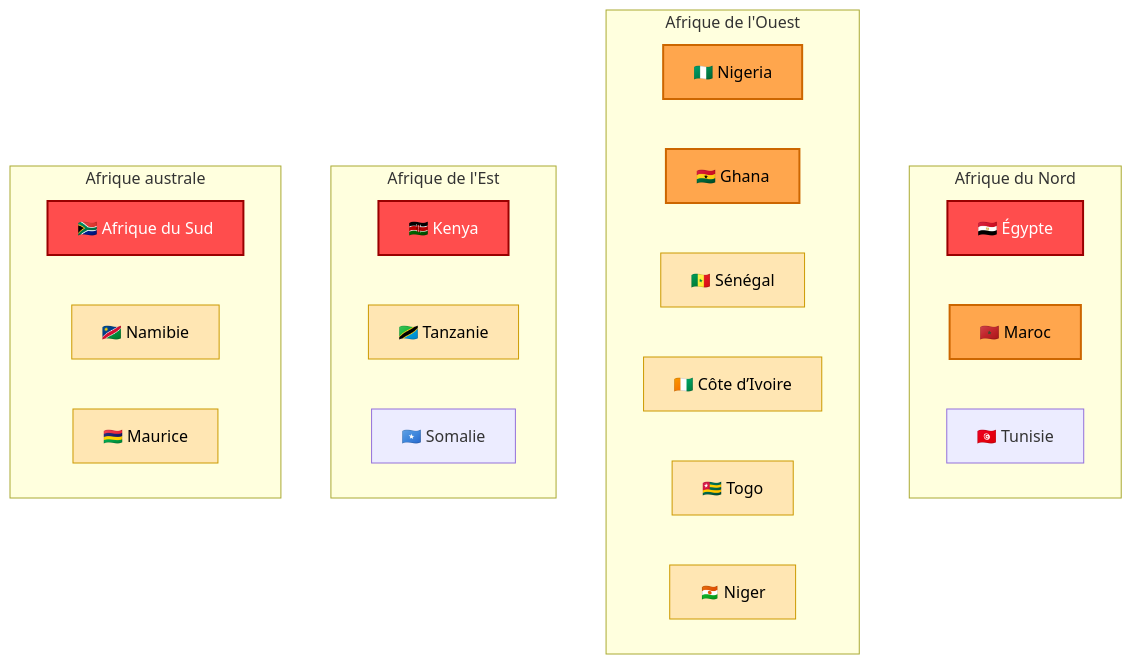
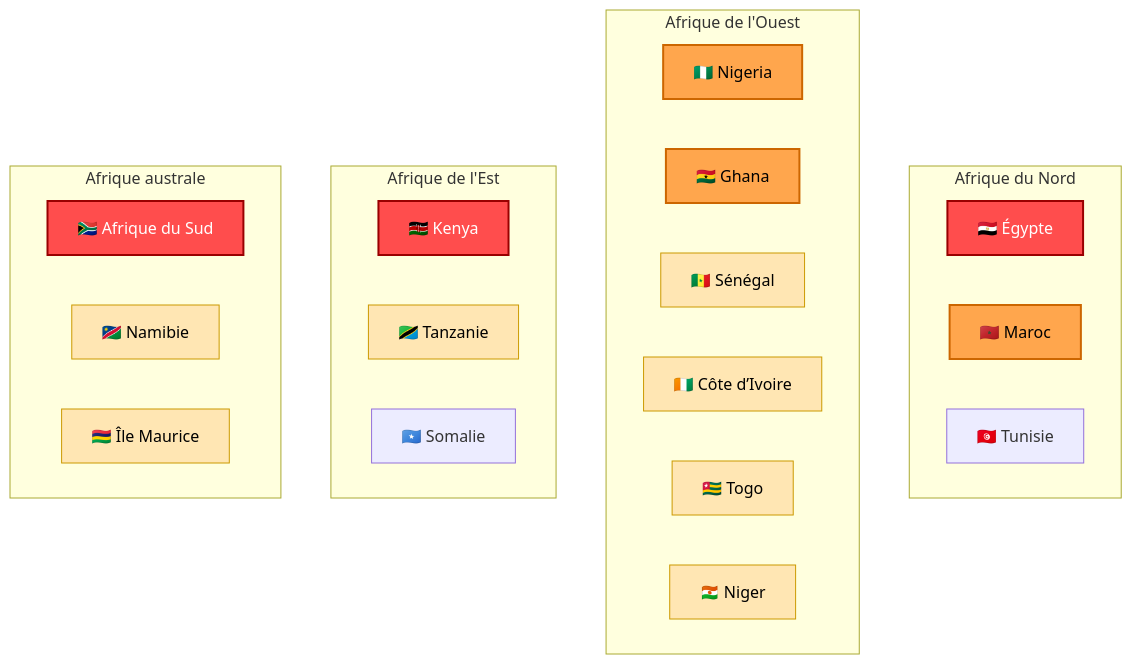
Before and after one commit to Hatchepsoute/AFRINTEL: the second of 2 diagrams in visual-intelligence/README_FR.md, drawn with Mermaid. The commit also changed other lines of this file and 5 other files, not shown here.

````diff
--- a/visual-intelligence/README_FR.md
+++ b/visual-intelligence/README_FR.md
@@ -82,50 +82,50 @@
 ```mermaid
 flowchart TB
 
 classDef high fill:#ff4d4d,color:#ffffff,stroke:#990000,stroke-width:2px;
 classDef medium fill:#ffa64d,color:#000000,stroke:#cc6600,stroke-width:2px;
 classDef low fill:#ffe6b3,color:#000000,stroke:#cc9900,stroke-width:1px;
 
 subgraph Afrique_du_Nord["Afrique du Nord"]
 EG["🇪🇬 Égypte"]
 MA["🇲🇦 Maroc"]
 TN["🇹🇳 Tunisie"]
 end
 
 subgraph Afrique_de_lOuest["Afrique de l'Ouest"]
 NG["🇳🇬 Nigeria"]
 GH["🇬🇭 Ghana"]
 SN["🇸🇳 Sénégal"]
 CI["🇨🇮 Côte d’Ivoire"]
 TG["🇹🇬 Togo"]
 NE["🇳🇪 Niger"]
 end
 
 subgraph Afrique_de_lEst["Afrique de l'Est"]
 KE["🇰🇪 Kenya"]
 TZ["🇹🇿 Tanzanie"]
 SO["🇸🇴 Somalie"]
 end
 
 subgraph Afrique_Australe["Afrique australe"]
 ZA["🇿🇦 Afrique du Sud"]
 NA["🇳🇦 Namibie"]
-MU["🇲🇺 Maurice"]
+MU["🇲🇺 Île Maurice"]
 end
 
 class ZA high;
 class EG high;
 class KE high;
 
 class NG medium;
 class GH medium;
 class MA medium;
 
 class TZ low;
 class SN low;
 class CI low;
 class TG low;
 class NE low;
 class NA low;
 class MU low;
 ```
````
